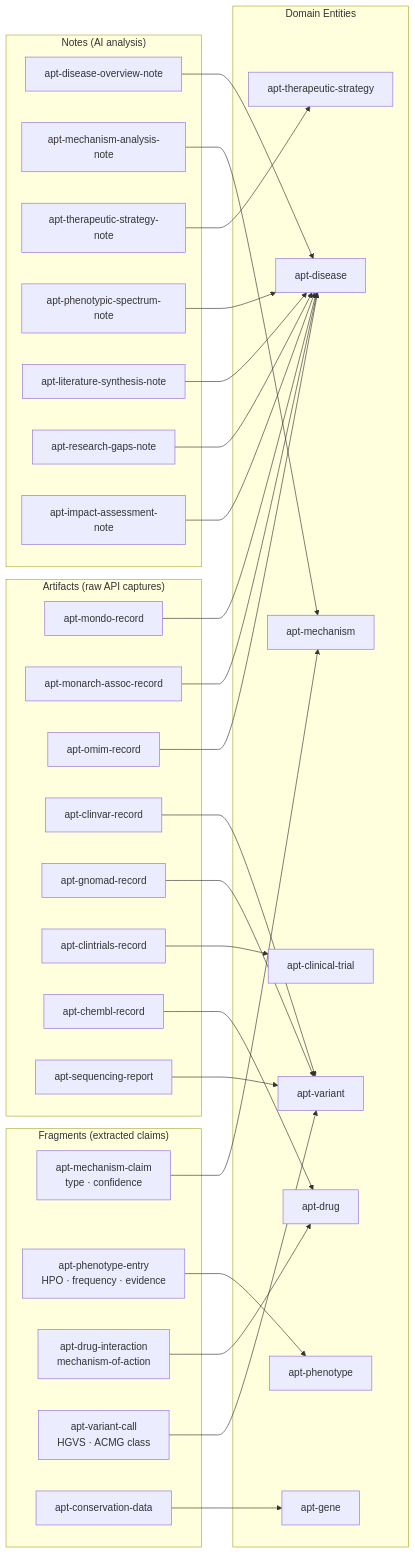
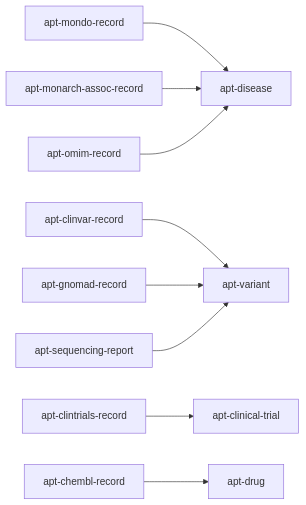
One commit to GullyBurns/alhazen-skill-examples changed the second of 4 diagrams in skills/biomed/alg-precision-therapeutics/README.md. Above: the diagram before and after it, drawn with Mermaid. The commit also changed other lines of this file, not shown here.

Commit message:
docs(apt): split content-layer diagram into three focused horizontal diagrams
Separate LR flowcharts for artifacts, fragments, and notes — each
showing the fan-in to domain entities they describe.

````diff
--- a/skills/biomed/alg-precision-therapeutics/README.md
+++ b/skills/biomed/alg-precision-therapeutics/README.md
@@ -239,65 +241,11 @@
 ```mermaid
 flowchart LR
-    subgraph ARTS["Artifacts  (raw API captures)"]
-        A1["apt-mondo-record"]
-        A2["apt-monarch-assoc-record"]
-        A3["apt-omim-record"]
-        A4["apt-clinvar-record"]
-        A5["apt-gnomad-record"]
-        A6["apt-clintrials-record"]
-        A7["apt-chembl-record"]
-        A8["apt-sequencing-report"]
-    end
-
-    subgraph FRAGS["Fragments  (extracted claims)"]
-        F1["apt-mechanism-claim\ntype · confidence"]
-        F2["apt-phenotype-entry\nHPO · frequency · evidence"]
-        F3["apt-drug-interaction\nmechanism-of-action"]
-        F4["apt-variant-call\nHGVS · ACMG class"]
-        F5["apt-conservation-data"]
-    end
-
-    subgraph NOTES["Notes  (AI analysis)"]
-        N1["apt-disease-overview-note"]
-        N2["apt-mechanism-analysis-note"]
-        N3["apt-therapeutic-strategy-note"]
-        N4["apt-phenotypic-spectrum-note"]
-        N5["apt-literature-synthesis-note"]
-        N6["apt-research-gaps-note"]
-        N7["apt-impact-assessment-note"]
-    end
-
-    subgraph DOM["Domain Entities"]
-        DIS["apt-disease"]
-        MECH["apt-mechanism"]
-        STRAT["apt-therapeutic-strategy"]
-        GENE["apt-gene"]
-        DRUG["apt-drug"]
-        TRIAL["apt-clinical-trial"]
-        VAR["apt-variant"]
-        PHEN["apt-phenotype"]
-    end
-
-    A1 --> DIS
-    A2 --> DIS
-    A3 --> DIS
-    A4 --> VAR
-    A5 --> VAR
-    A6 --> TRIAL
-    A7 --> DRUG
-    A8 --> VAR
-
-    F1 --> MECH
-    F2 --> PHEN
-    F3 --> DRUG
-    F4 --> VAR
-    F5 --> GENE
-
-    N1 --> DIS
-    N2 --> MECH
-    N3 --> STRAT
-    N4 --> DIS
-    N5 --> DIS
-    N6 --> DIS
-    N7 --> DIS
+    A1["apt-mondo-record"]          --> DIS["apt-disease"]
+    A2["apt-monarch-assoc-record"]  --> DIS
+    A3["apt-omim-record"]           --> DIS
+    A4["apt-clinvar-record"]        --> VAR["apt-variant"]
+    A5["apt-gnomad-record"]         --> VAR
+    A6["apt-clintrials-record"]     --> TRIAL["apt-clinical-trial"]
+    A7["apt-chembl-record"]         --> DRUG["apt-drug"]
+    A8["apt-sequencing-report"]     --> VAR
 ```
````
